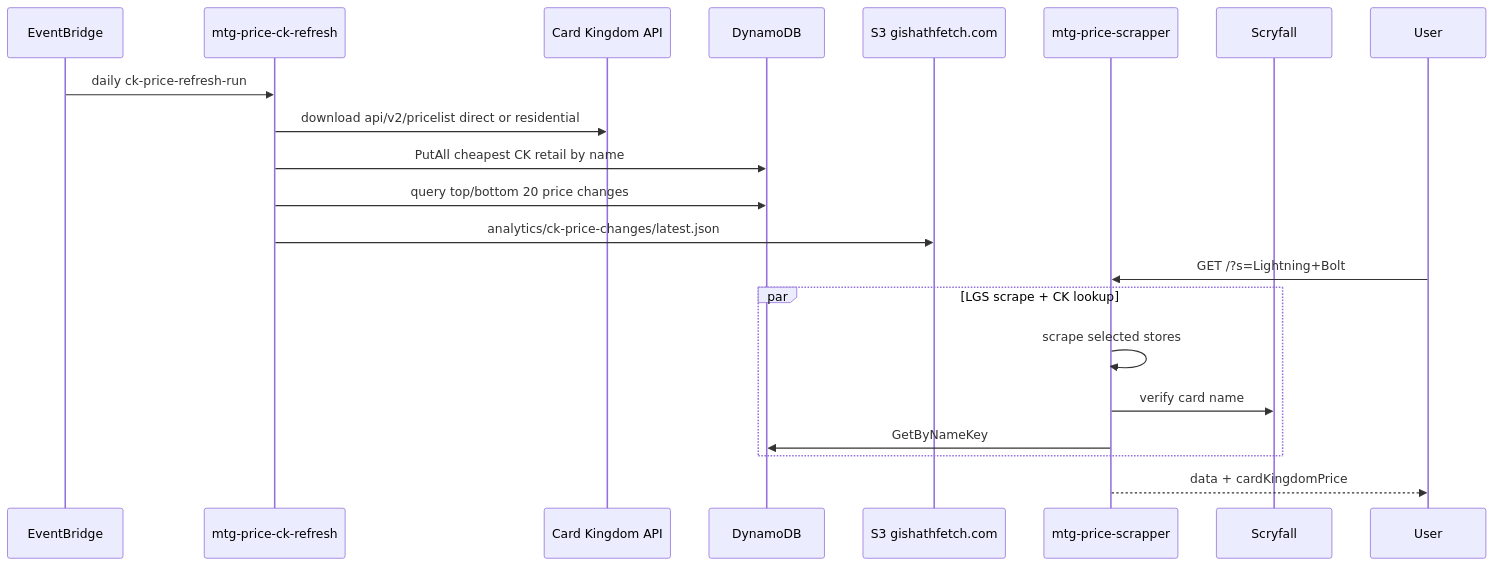
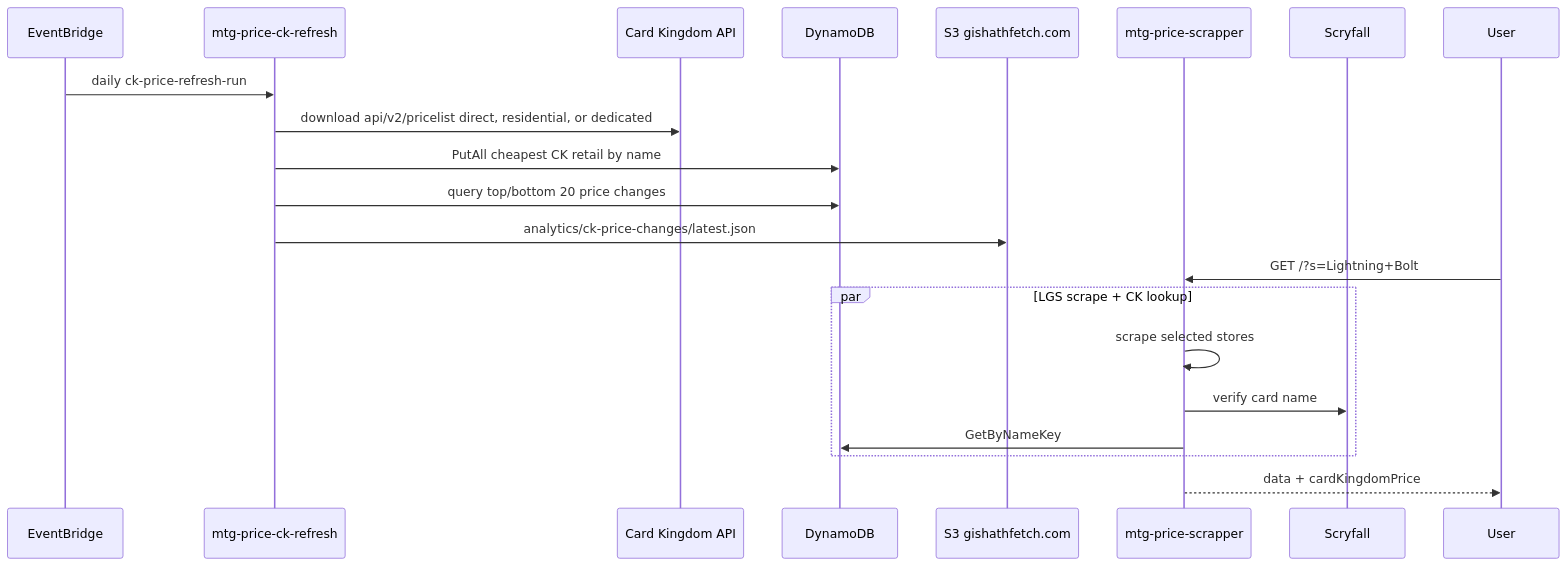
One commit to xenodus/gishathfetch changed the third of 3 diagrams in docs/architecture.md. Above: the diagram before and after it, drawn with Mermaid. The commit also changed other lines of this file and 13 other files, not shown here.

````diff
--- a/docs/architecture.md
+++ b/docs/architecture.md
@@ -217,24 +218,24 @@
 ```mermaid
 sequenceDiagram
     participant EB as EventBridge
     participant R as mtg-price-ck-refresh
     participant CK as Card Kingdom API
     participant D as DynamoDB
     participant S3 as S3 gishathfetch.com
     participant S as mtg-price-scrapper
     participant SF as Scryfall
     participant U as User
 
     EB->>R: daily ck-price-refresh-run
-    R->>CK: download api/v2/pricelist direct or residential
+    R->>CK: download api/v2/pricelist direct, residential, or dedicated
     R->>D: PutAll cheapest CK retail by name
     R->>D: query top/bottom 20 price changes
     R->>S3: analytics/ck-price-changes/latest.json
     U->>S: GET /?s=Lightning+Bolt
     par LGS scrape + CK lookup
         S->>S: scrape selected stores
         S->>SF: verify card name
         S->>D: GetByNameKey
     end
     S-->>U: data + cardKingdomPrice
 ```
````
